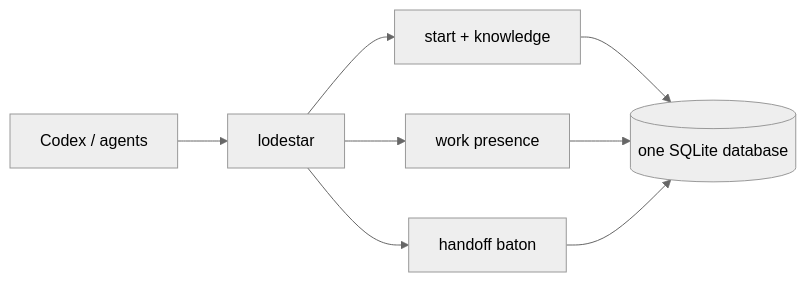
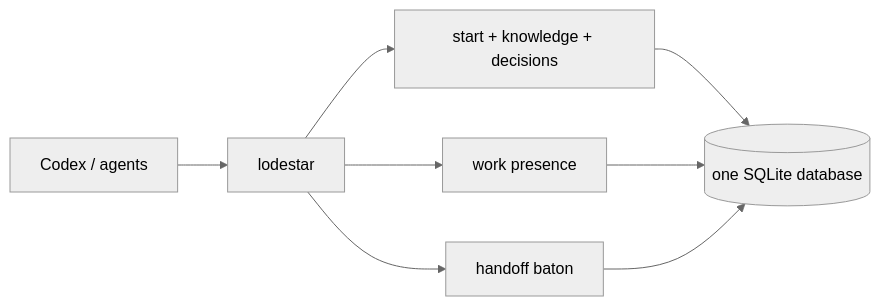
The diagram in README.md (VerbalChainsaw/Lodestar), drawn with Mermaid (neutral theme) before and after one commit. The commit also changed other lines of this file and 115 other files, not shown here.

````diff
--- a/README.md
+++ b/README.md
@@ -25,10 +27,10 @@
 ```mermaid
 flowchart LR
   A[Codex / agents] --> L[lodestar]
-  L --> S[start + knowledge]
+  L --> S[start + knowledge + decisions]
   L --> W[work presence]
   L --> H[handoff baton]
   S --> D[(one SQLite database)]
   W --> D
   H --> D
 ```
````
